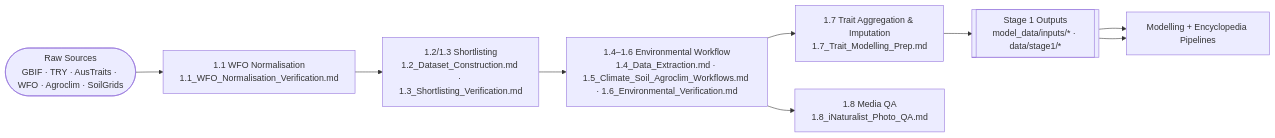
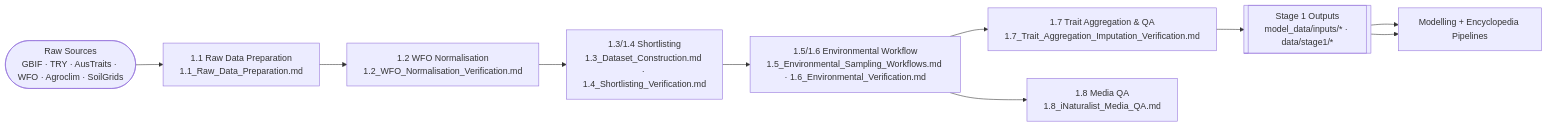
The diagram in results/summaries/hybrid_axes/phylotraits/Stage_1/1.0_Data_Pipeline_Index.md (jaredquekjz/plantguide), drawn with Mermaid before and after one commit. The commit also changed other lines of this file and 7 other files, not shown here.

````diff
--- a/results/summaries/hybrid_axes/phylotraits/Stage_1/1.0_Data_Pipeline_Index.md
+++ b/results/summaries/hybrid_axes/phylotraits/Stage_1/1.0_Data_Pipeline_Index.md
@@ -12,11 +12,12 @@
 ```mermaid
 flowchart LR
-    raw_sources([Raw Sources\nGBIF · TRY · AusTraits · WFO · Agroclim · SoilGrids]) --> wfo_norm
-    wfo_norm[1.1 WFO Normalisation\n1.1_WFO_Normalisation_Verification.md] --> dataset_build
-    dataset_build[1.2/1.3 Shortlisting\n1.2_Dataset_Construction.md · 1.3_Shortlisting_Verification.md] --> env_sampling
-    env_sampling[1.4–1.6 Environmental Workflow\n1.4_Data_Extraction.md · 1.5_Climate_Soil_Agroclim_Workflows.md · 1.6_Environmental_Verification.md] --> trait_prep
-    trait_prep[1.7 Trait Aggregation & Imputation\n1.7_Trait_Modelling_Prep.md] --> outputs
+    raw_sources([Raw Sources\nGBIF · TRY · AusTraits · WFO · Agroclim · SoilGrids]) --> raw_prep
+    raw_prep[1.1 Raw Data Preparation\n1.1_Raw_Data_Preparation.md] --> wfo_norm
+    wfo_norm[1.2 WFO Normalisation\n1.2_WFO_Normalisation_Verification.md] --> shortlist
+    shortlist[1.3/1.4 Shortlisting\n1.3_Dataset_Construction.md · 1.4_Shortlisting_Verification.md] --> env_sampling
+    env_sampling[1.5/1.6 Environmental Workflow\n1.5_Environmental_Sampling_Workflows.md · 1.6_Environmental_Verification.md] --> trait_prep
+    trait_prep[1.7 Trait Aggregation & QA\n1.7_Trait_Aggregation_Imputation_Verification.md] --> outputs
     outputs[[Stage 1 Outputs\nmodel_data/inputs/* · data/stage1/*]] --> encyclo
-    env_sampling --> photos[1.8 Media QA\n1.8_iNaturalist_Photo_QA.md]
+    env_sampling --> photos[1.8 Media QA\n1.8_iNaturalist_Media_QA.md]
     outputs --> encyclo[Modelling + Encyclopedia Pipelines]
 ```
````
